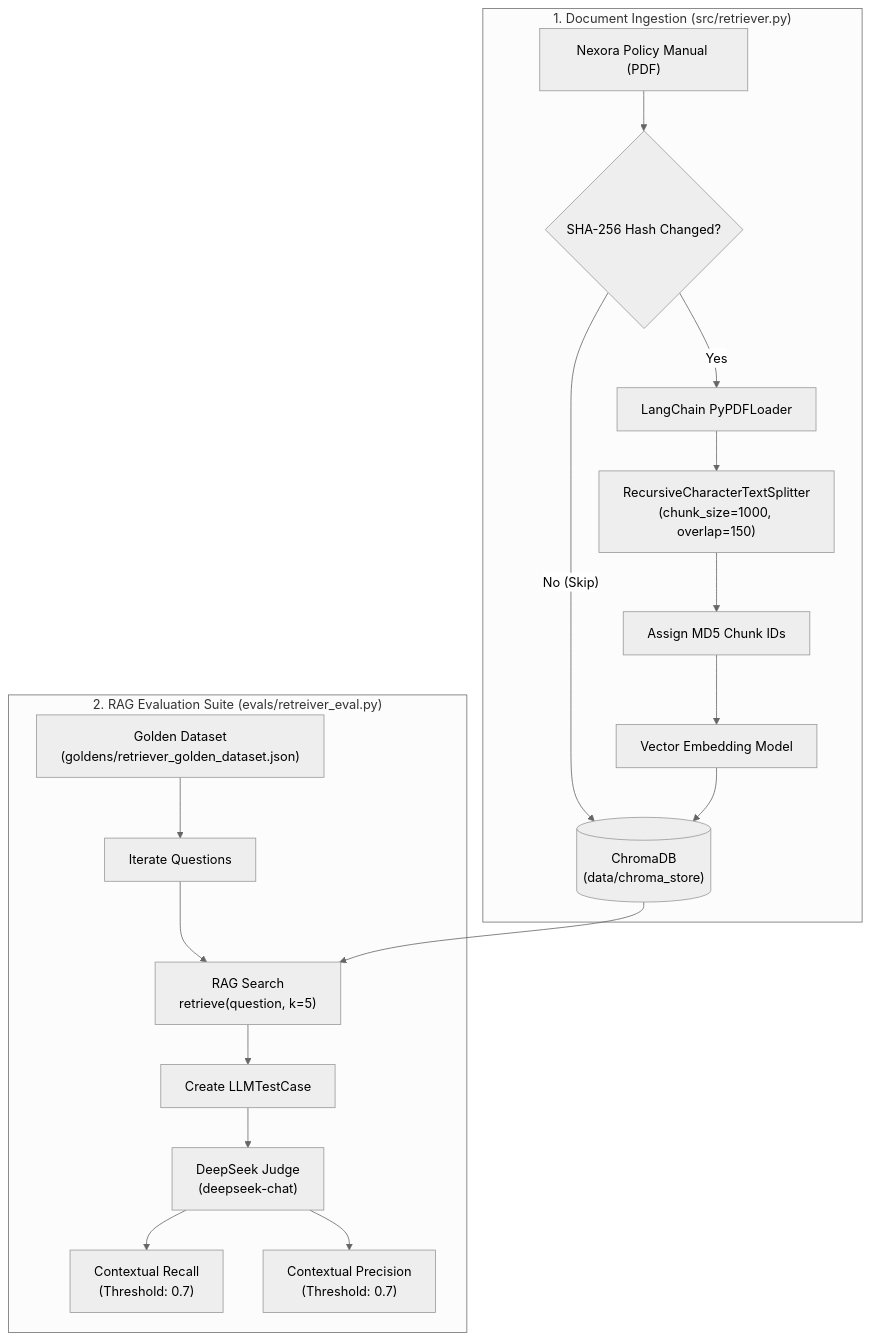
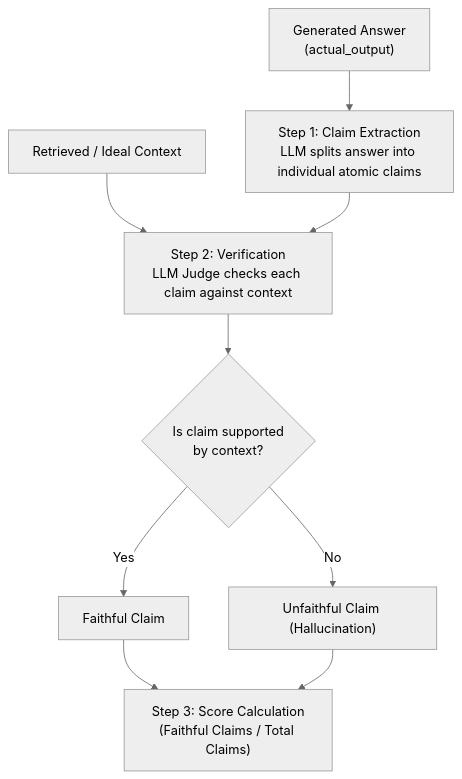
Before and after one commit to imranbuttcodes/practical-rag-evals: the third of 4 diagrams in README.md, drawn with Mermaid (neutral theme). The commit also changed other lines of this file and 19 other files, not shown here.

Commit message:
feat: implement RAG generator, faithfulness evaluation, and RAG Triad pipeline

````diff
--- a/README.md
+++ b/README.md
@@ -30,22 +103,14 @@
 ```mermaid
 flowchart TD
-    subgraph Ingestion ["1. Document Ingestion (src/retriever.py)"]
-        PDF["Nexora Policy Manual (PDF)"] --> HashCheck{"SHA-256 Hash Changed?"}
-        HashCheck -- "Yes" --> Loader["LangChain PyPDFLoader"]
-        HashCheck -- "No (Skip)" --> VectorStore
-        Loader --> Splitter["RecursiveCharacterTextSplitter\n(chunk_size=1000, overlap=150)"]
-        Splitter --> ChunkHasher["Assign MD5 Chunk IDs"]
-        ChunkHasher --> Embeddings["Vector Embedding Model"]
-        Embeddings --> VectorStore[("ChromaDB\n(data/chroma_store)")]
-    end
-
-    subgraph Evaluation ["2. RAG Evaluation Suite (evals/retreiver_eval.py)"]
-        Golden["Golden Dataset\n(goldens/retriever_golden_dataset.json)"] --> Loop["Iterate Questions"]
-        Loop --> QueryPipeline["RAG Search\nretrieve(question, k=5)"]
-        VectorStore --> QueryPipeline
-        QueryPipeline --> TestCases["Create LLMTestCase"]
-        TestCases --> Judge["DeepSeek Judge\n(deepseek-chat)"]
-        Judge --> Recall["Contextual Recall\n(Threshold: 0.7)"]
-        Judge --> Precision["Contextual Precision\n(Threshold: 0.7)"]
-    end
+    Output["Generated Answer\n(actual_output)"] --> Step1["Step 1: Claim Extraction\nLLM splits answer into individual atomic claims"]
+    
+    Context["Retrieved / Ideal Context"] --> Step2
+    Step1 --> Step2["Step 2: Verification\nLLM Judge checks each claim against context"]
+    
+    Step2 --> Eval{"Is claim supported\nby context?"}
+    Eval -- "Yes" --> Faithful["Faithful Claim"]
+    Eval -- "No" --> Unfaithful["Unfaithful Claim (Hallucination)"]
+    
+    Faithful --> Formula["Step 3: Score Calculation\n(Faithful Claims / Total Claims)"]
+    Unfaithful --> Formula
 ```
````
